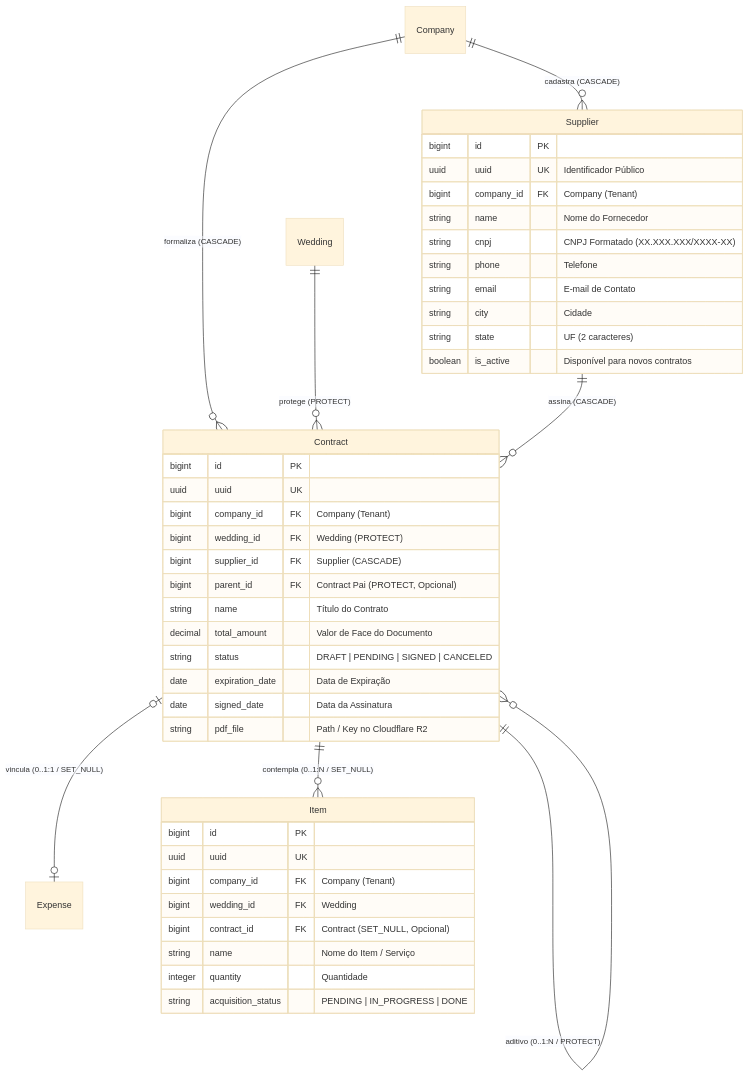
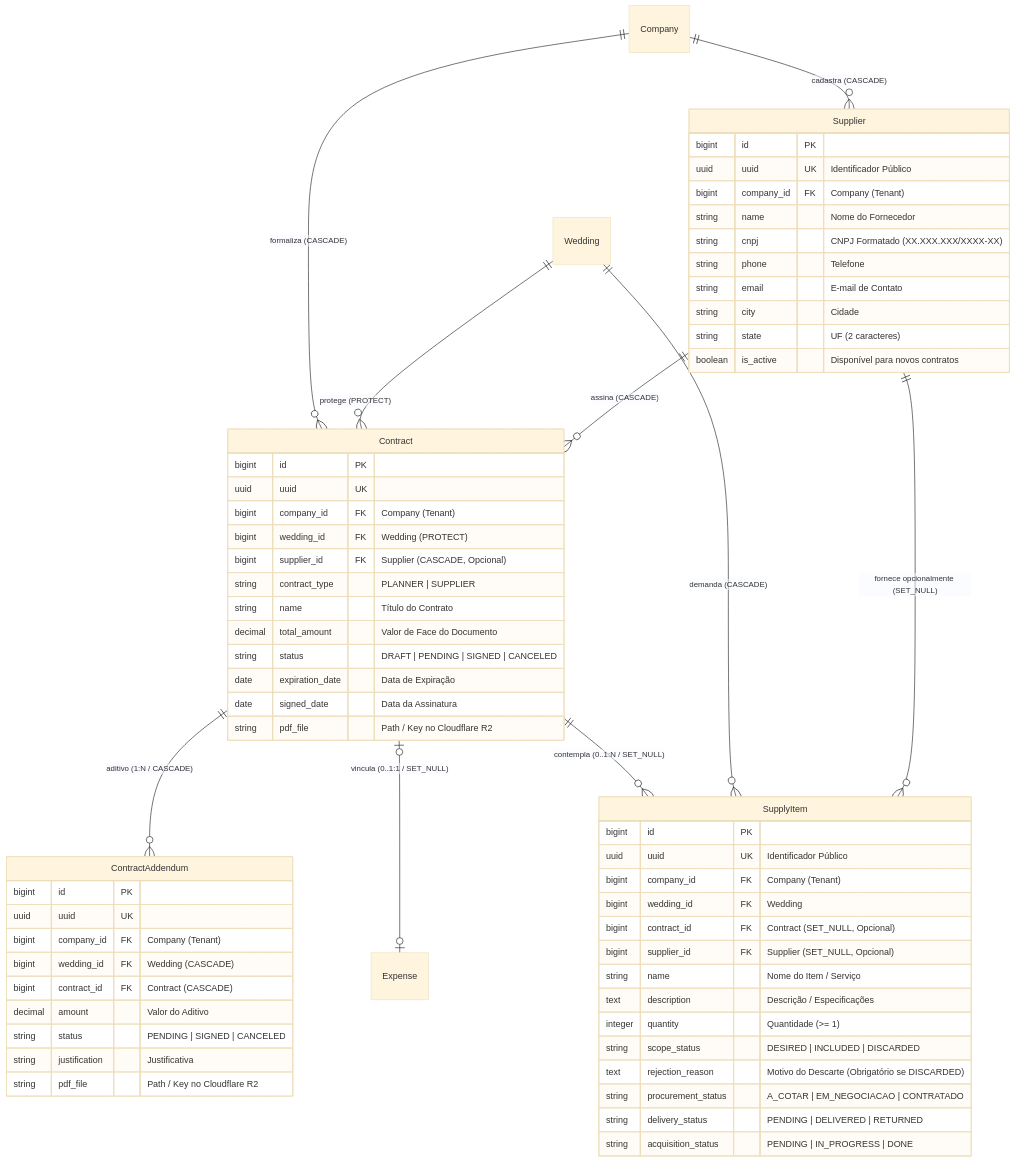
One commit to Rafaelp122/wedding_management changed the second of 2 diagrams in docs/architecture/domains/logistics-domain.md. Above: the diagram before and after it, drawn with Mermaid (base theme). The commit also changed other lines of this file and 433 other files, not shown here.

````diff
--- a/docs/architecture/domains/logistics-domain.md
+++ b/docs/architecture/domains/logistics-domain.md
@@ -54,49 +54,69 @@
 ```mermaid
 erDiagram
     Company ||--o{ Supplier : "cadastra (CASCADE)"
     Company ||--o{ Contract : "formaliza (CASCADE)"
     Wedding ||--o{ Contract : "protege (PROTECT)"
     Supplier ||--o{ Contract : "assina (CASCADE)"
-    Contract ||--o{ Contract : "aditivo (0..1:N / PROTECT)"
+    Contract ||--o{ ContractAddendum : "aditivo (1:N / CASCADE)"
     Contract |o--o| Expense : "vincula (0..1:1 / SET_NULL)"
-    Contract ||--o{ Item : "contempla (0..1:N / SET_NULL)"
+    Contract ||--o{ SupplyItem : "contempla (0..1:N / SET_NULL)"
+    Wedding ||--o{ SupplyItem : "demanda (CASCADE)"
+    Supplier ||--o{ SupplyItem : "fornece opcionalmente (SET_NULL)"
 
     Supplier {
         bigint id PK
         uuid uuid UK "Identificador Público"
         bigint company_id FK "Company (Tenant)"
         string name "Nome do Fornecedor"
         string cnpj "CNPJ Formatado (XX.XXX.XXX/XXXX-XX)"
         string phone "Telefone"
         string email "E-mail de Contato"
         string city "Cidade"
         string state "UF (2 caracteres)"
         boolean is_active "Disponível para novos contratos"
     }
 
     Contract {
         bigint id PK
         uuid uuid UK
         bigint company_id FK "Company (Tenant)"
         bigint wedding_id FK "Wedding (PROTECT)"
-        bigint supplier_id FK "Supplier (CASCADE)"
-        bigint parent_id FK "Contract Pai (PROTECT, Opcional)"
+        bigint supplier_id FK "Supplier (CASCADE, Opcional)"
+        string contract_type "PLANNER | SUPPLIER"
         string name "Título do Contrato"
         decimal total_amount "Valor de Face do Documento"
         string status "DRAFT | PENDING | SIGNED | CANCELED"
         date expiration_date "Data de Expiração"
         date signed_date "Data da Assinatura"
         string pdf_file "Path / Key no Cloudflare R2"
     }
 
-    Item {
+    ContractAddendum {
         bigint id PK
         uuid uuid UK
         bigint company_id FK "Company (Tenant)"
+        bigint wedding_id FK "Wedding (CASCADE)"
+        bigint contract_id FK "Contract (CASCADE)"
+        decimal amount "Valor do Aditivo"
+        string status "PENDING | SIGNED | CANCELED"
+        string justification "Justificativa"
+        string pdf_file "Path / Key no Cloudflare R2"
+    }
+
+    SupplyItem {
+        bigint id PK
+        uuid uuid UK "Identificador Público"
+        bigint company_id FK "Company (Tenant)"
         bigint wedding_id FK "Wedding"
         bigint contract_id FK "Contract (SET_NULL, Opcional)"
+        bigint supplier_id FK "Supplier (SET_NULL, Opcional)"
         string name "Nome do Item / Serviço"
-        integer quantity "Quantidade"
+        text description "Descrição / Especificações"
+        integer quantity "Quantidade (>= 1)"
+        string scope_status "DESIRED | INCLUDED | DISCARDED"
+        text rejection_reason "Motivo do Descarte (Obrigatório se DISCARDED)"
+        string procurement_status "A_COTAR | EM_NEGOCIACAO | CONTRATADO"
+        string delivery_status "PENDING | DELIVERED | RETURNED"
         string acquisition_status "PENDING | IN_PROGRESS | DONE"
     }
 ```
````
